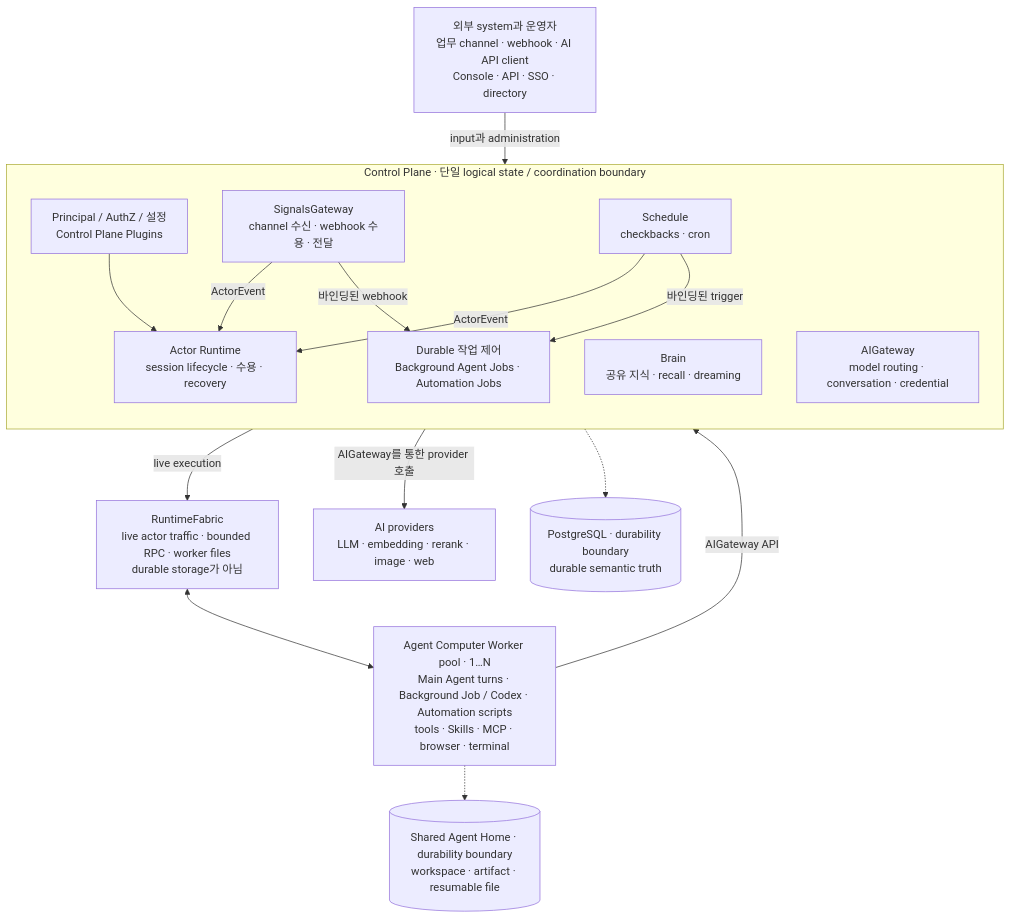
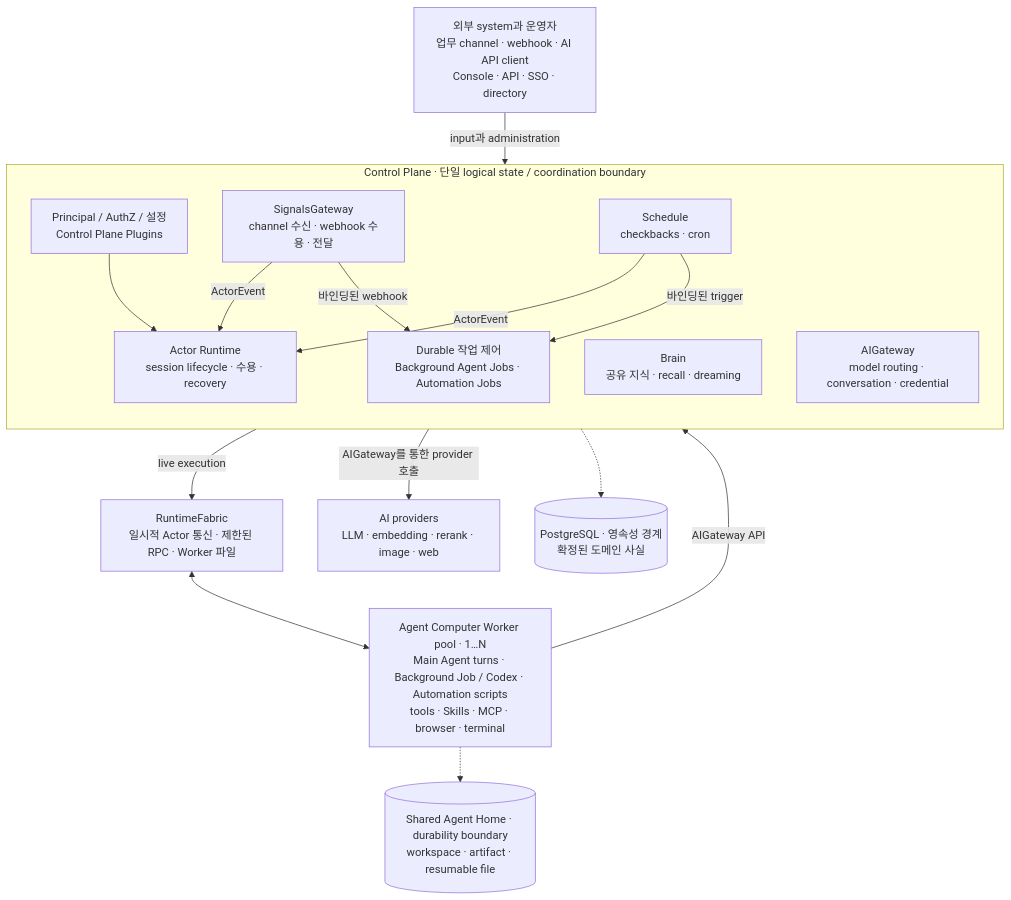
One commit to AgentBull/ankole changed the diagram in README.ko.md. Above: the diagram before and after it, drawn with Mermaid. The commit also changed other lines of this file and 450 other files, not shown here.

````diff
--- a/README.ko.md
+++ b/README.ko.md
@@ -84,35 +72,35 @@
 ```mermaid
 flowchart TB
   External["외부 system과 운영자<br/>업무 channel · webhook · AI API client<br/>Console · API · SSO · directory"]
 
   subgraph Control["Control Plane · 단일 logical state / coordination boundary"]
     direction TB
     Platform["Principal / AuthZ / 설정<br/>Control Plane Plugins"]
     SG["SignalsGateway<br/>channel 수신 · webhook 수용 · 전달"]
     Schedule["Schedule<br/>checkbacks · cron"]
     Runtime["Actor Runtime<br/>session lifecycle · 수용 · recovery"]
     Jobs["Durable 작업 제어<br/>Background Agent Jobs · Automation Jobs"]
     Brain["Brain<br/>공유 지식 · recall · dreaming"]
     AI["AIGateway<br/>model routing · conversation · credential"]
   end
 
-  Fabric["RuntimeFabric<br/>live actor traffic · bounded RPC · worker files<br/>durable storage가 아님"]
+  Fabric["RuntimeFabric<br/>일시적 Actor 통신 · 제한된 RPC · Worker 파일"]
   Workers["Agent Computer Worker pool · 1…N<br/>Main Agent turns · Background Job / Codex · Automation scripts<br/>tools · Skills · MCP · browser · terminal"]
   Providers["AI providers<br/>LLM · embedding · rerank · image · web"]
 
-  PG[("PostgreSQL · durability boundary<br/>durable semantic truth")]
+  PG[("PostgreSQL · 영속성 경계<br/>확정된 도메인 사실")]
   Home[("Shared Agent Home · durability boundary<br/>workspace · artifact · resumable file")]
 
   External -->|"input과 administration"| Control
   SG -->|"ActorEvent"| Runtime
   Schedule -->|"ActorEvent"| Runtime
   SG -->|"바인딩된 webhook"| Jobs
   Schedule -->|"바인딩된 trigger"| Jobs
   Platform --> Runtime
   Control -->|"live execution"| Fabric
   Fabric <--> Workers
   Workers -->|"AIGateway API"| Control
   Control -->|"AIGateway를 통한 provider 호출"| Providers
   Control -.-> PG
   Workers -.-> Home
 ```
````
